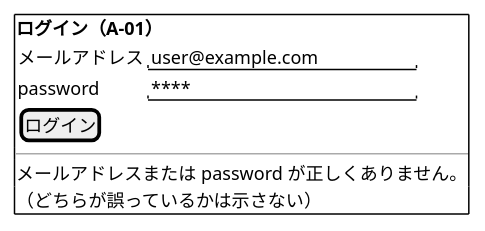
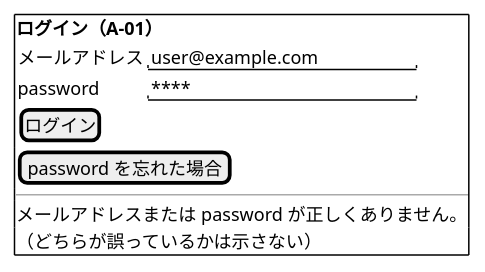
One commit to k2works/practical-domain-driven-design-in-enterpris-application changed the eighth of 21 diagrams in docs/design/cargo-tracker/ui_design.md. Above: the diagram before and after it, drawn with PlantUML. The commit also changed other lines of this file and 25 other files, not shown here.

````diff
--- a/docs/design/cargo-tracker/ui_design.md
+++ b/docs/design/cargo-tracker/ui_design.md
@@ -274,15 +395,16 @@
 ```plantuml
 @startsalt
 {+
   <b>ログイン（A-01）
   {
     メールアドレス | "user@example.com      "
     password       | "****                  "
     [ ログイン ]
   }
+  [ password を忘れた場合 ]
   ---
   メールアドレスまたは password が正しくありません。
   （どちらが誤っているかは示さない）
 }
 @endsalt
 ```
````
